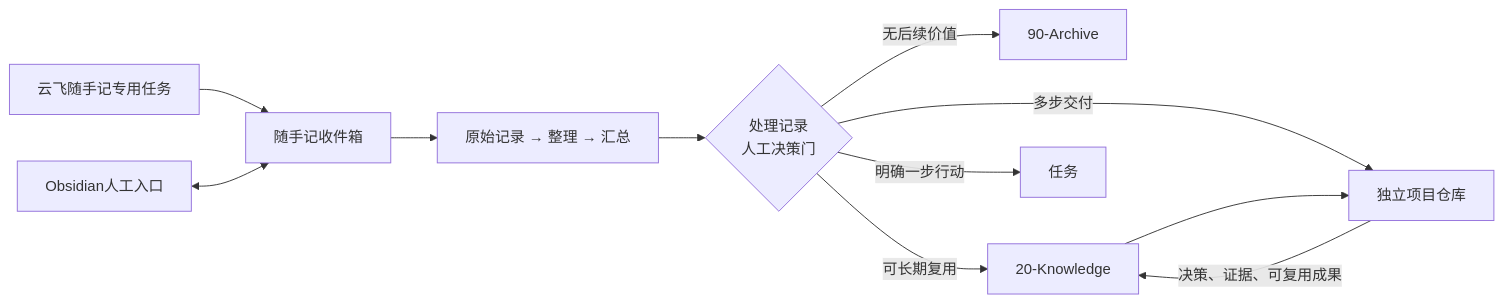
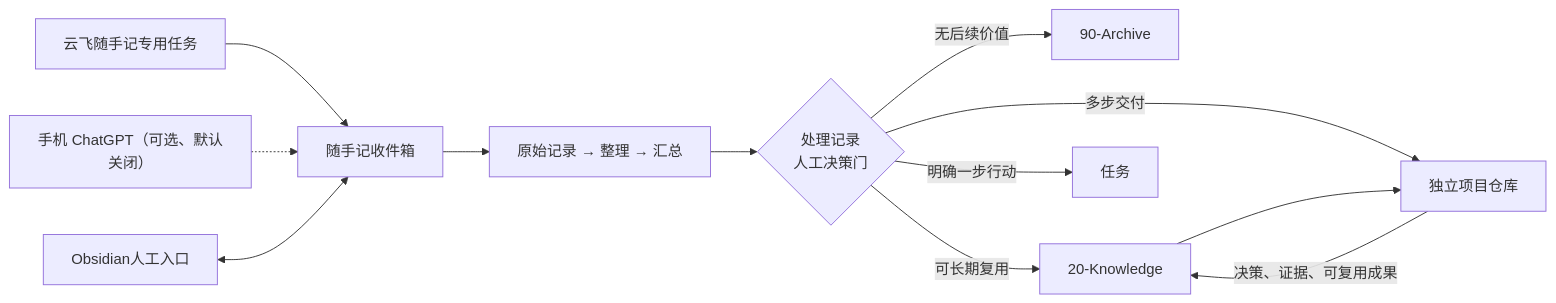
Before and after one commit to MaybeToSure/KnowledgeHub-Framework: the diagram in docs/整体机制.md, drawn with Mermaid. The commit also changed other lines of this file and 12 other files, not shown here.

````diff
--- a/docs/整体机制.md
+++ b/docs/整体机制.md
@@ -11,13 +11,14 @@
 ```mermaid
 flowchart LR
     A["云飞随手记专用任务"] --> C["随手记收件箱"]
+    M["手机 ChatGPT（可选、默认关闭）"] -.-> C
     B["Obsidian人工入口"] <--> C
     C --> D["原始记录 → 整理 → 汇总"]
     D --> E{"处理记录\n人工决策门"}
     E -->|"无后续价值"| F["90-Archive"]
     E -->|"可长期复用"| G["20-Knowledge"]
     E -->|"明确一步行动"| H["任务"]
     E -->|"多步交付"| I["独立项目仓库"]
     G --> I
     I -->|"决策、证据、可复用成果"| G
 ```
````
